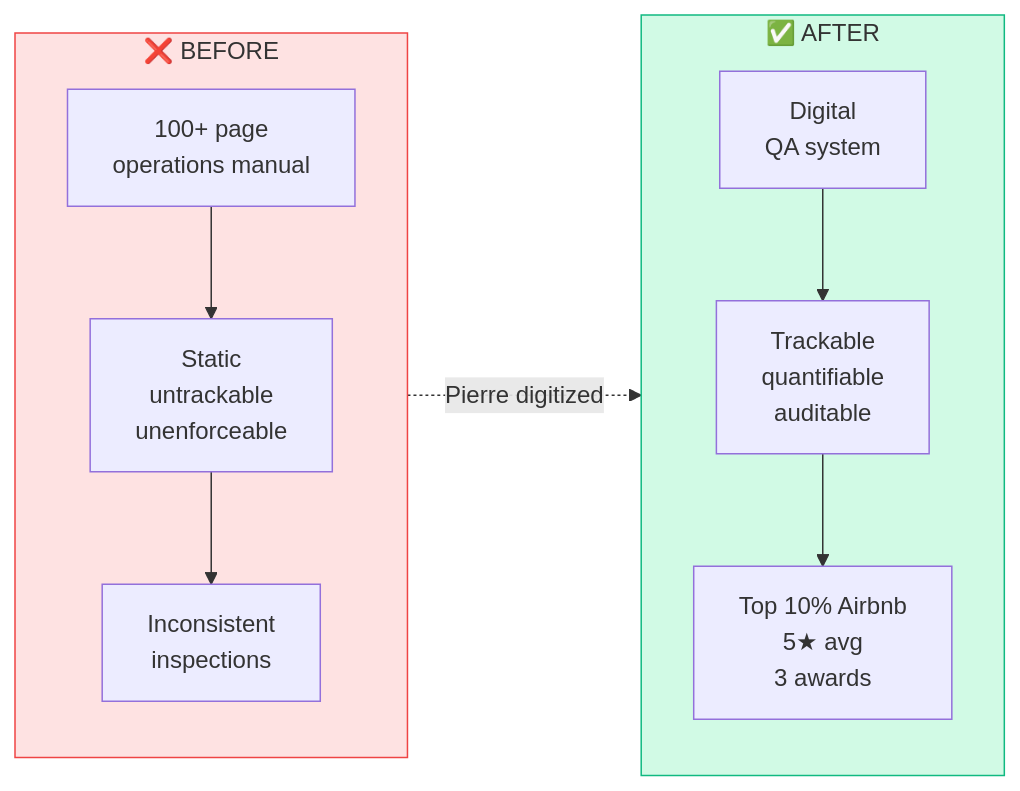
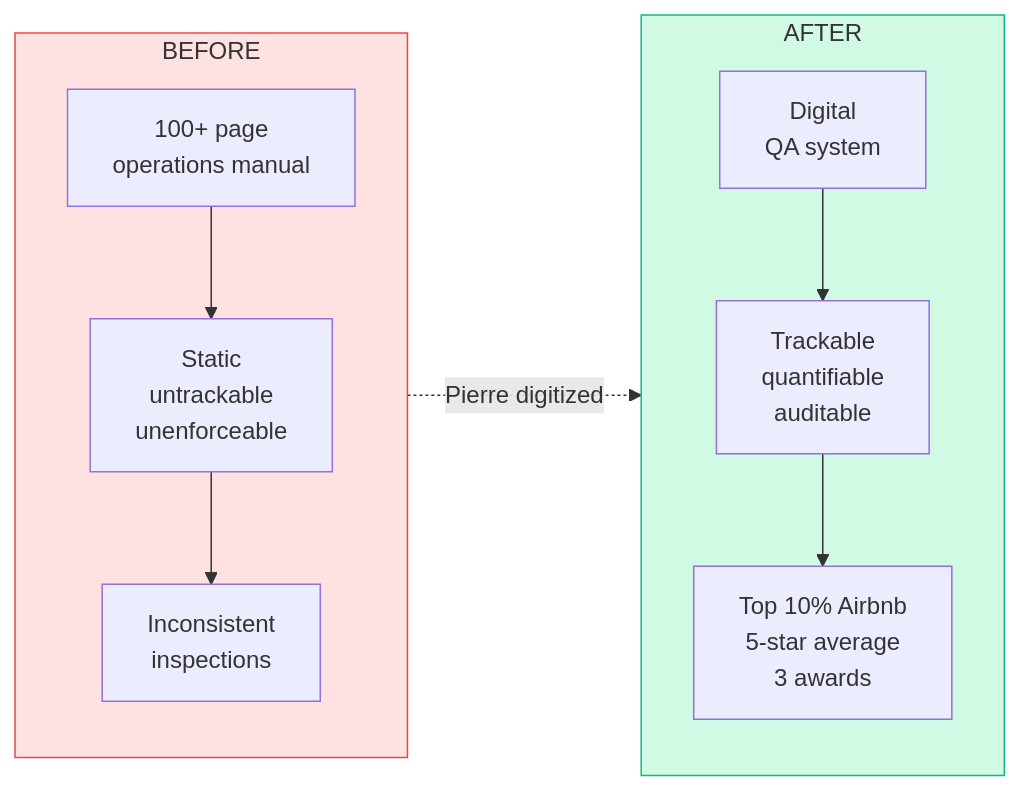
The first of 2 diagrams in context/copy/business.md (belonsavon-sys/portfolio), drawn with Mermaid before and after one commit. The commit also changed other lines of this file and 4 other files, not shown here.

First line of the commit message:
fix: repair all 11 mermaid diagrams for GitHub rendering

````diff
--- a/context/copy/business.md
+++ b/context/copy/business.md
@@ -23,23 +23,23 @@
 ```mermaid
 flowchart LR
-    subgraph Before["❌ BEFORE"]
-        Manual[100+ page<br/>operations manual]
-        Untrack[Static<br/>untrackable<br/>unenforceable]
-        Inconsistent[Inconsistent<br/>inspections]
+    subgraph Before["BEFORE"]
+        Manual["100+ page<br/>operations manual"]
+        Untrack["Static<br/>untrackable<br/>unenforceable"]
+        Inconsistent["Inconsistent<br/>inspections"]
 
         Manual --> Untrack --> Inconsistent
     end
 
-    subgraph After["✅ AFTER"]
-        Digital[Digital<br/>QA system]
-        Track[Trackable<br/>quantifiable<br/>auditable]
-        Consistent[Top 10% Airbnb<br/>5★ avg<br/>3 awards]
+    subgraph After["AFTER"]
+        Digital["Digital<br/>QA system"]
+        Track["Trackable<br/>quantifiable<br/>auditable"]
+        Consistent["Top 10% Airbnb<br/>5-star average<br/>3 awards"]
 
         Digital --> Track --> Consistent
     end
 
     Before -.->|Pierre digitized| After
 
     style Before fill:#fee2e2,stroke:#ef4444
     style After fill:#d1fae5,stroke:#10b981
 ```
````
